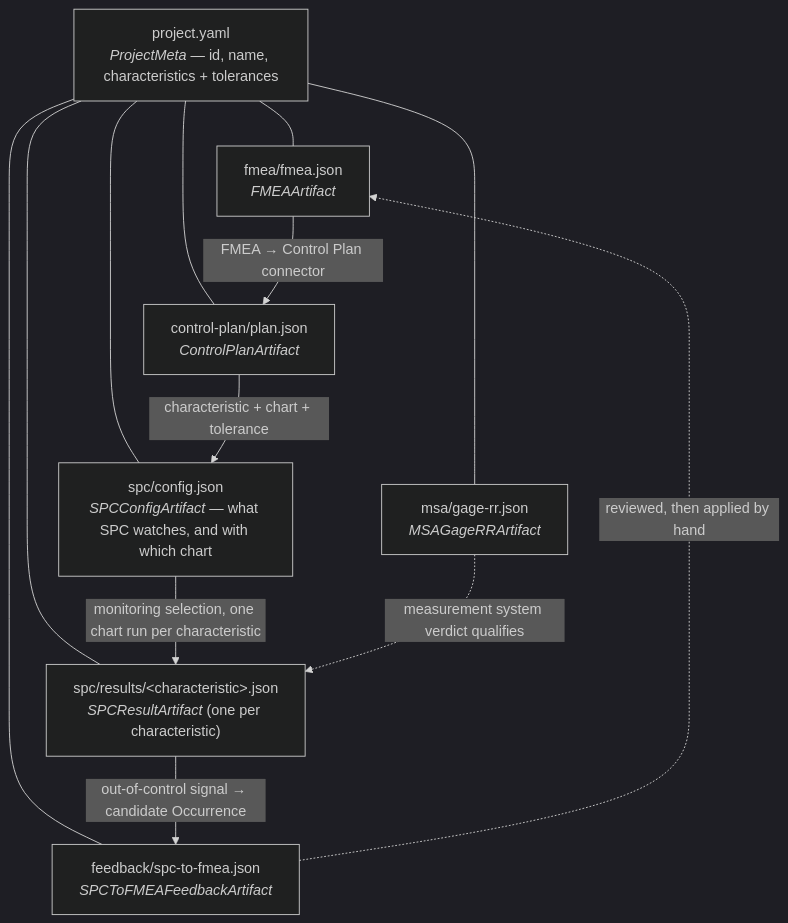
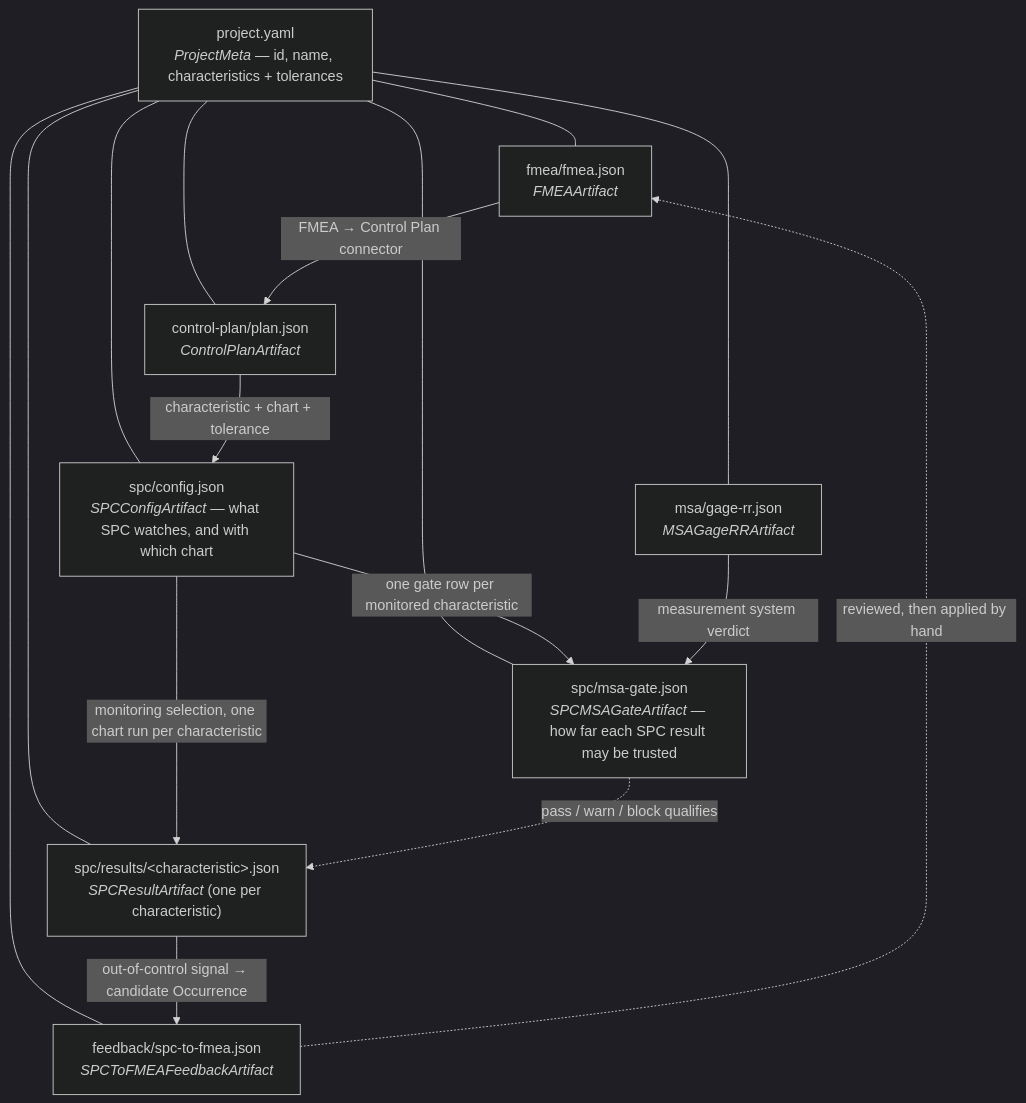
One commit to Siddardth7/quality-platform changed the diagram in docs/PROJECT_FILE_CONTRACT.md. Above: the diagram before and after it, drawn with Mermaid (dark theme). The commit also changed other lines of this file and 18 other files, not shown here.

First line of the commit message:
feat: gate SPC on MSA Gage R&R verdict from project file (M3-5)

````diff
--- a/docs/PROJECT_FILE_CONTRACT.md
+++ b/docs/PROJECT_FILE_CONTRACT.md
@@ -25,24 +25,28 @@
 ```mermaid
 graph TD
     Y["project.yaml<br/><i>ProjectMeta</i> — id, name, characteristics + tolerances"]
     F["fmea/fmea.json<br/><i>FMEAArtifact</i>"]
     C["control-plan/plan.json<br/><i>ControlPlanArtifact</i>"]
     G["spc/config.json<br/><i>SPCConfigArtifact</i> — what SPC watches, and with which chart"]
     S["spc/results/&lt;characteristic&gt;.json<br/><i>SPCResultArtifact</i> (one per characteristic)"]
     M["msa/gage-rr.json<br/><i>MSAGageRRArtifact</i>"]
+    K["spc/msa-gate.json<br/><i>SPCMSAGateArtifact</i> — how far each SPC result may be trusted"]
     B["feedback/spc-to-fmea.json<br/><i>SPCToFMEAFeedbackArtifact</i>"]
 
     Y --- F
     Y --- C
     Y --- G
     Y --- S
     Y --- M
+    Y --- K
     Y --- B
 
     F -->|"FMEA → Control Plan connector"| C
     C -->|"characteristic + chart + tolerance"| G
     G -->|"monitoring selection, one chart run per characteristic"| S
     S -->|"out-of-control signal → candidate Occurrence"| B
     B -.->|"reviewed, then applied by hand"| F
-    M -.->|"measurement system verdict qualifies"| S
+    G -->|"one gate row per monitored characteristic"| K
+    M -->|"measurement system verdict"| K
+    K -.->|"pass / warn / block qualifies"| S
 ```
````
